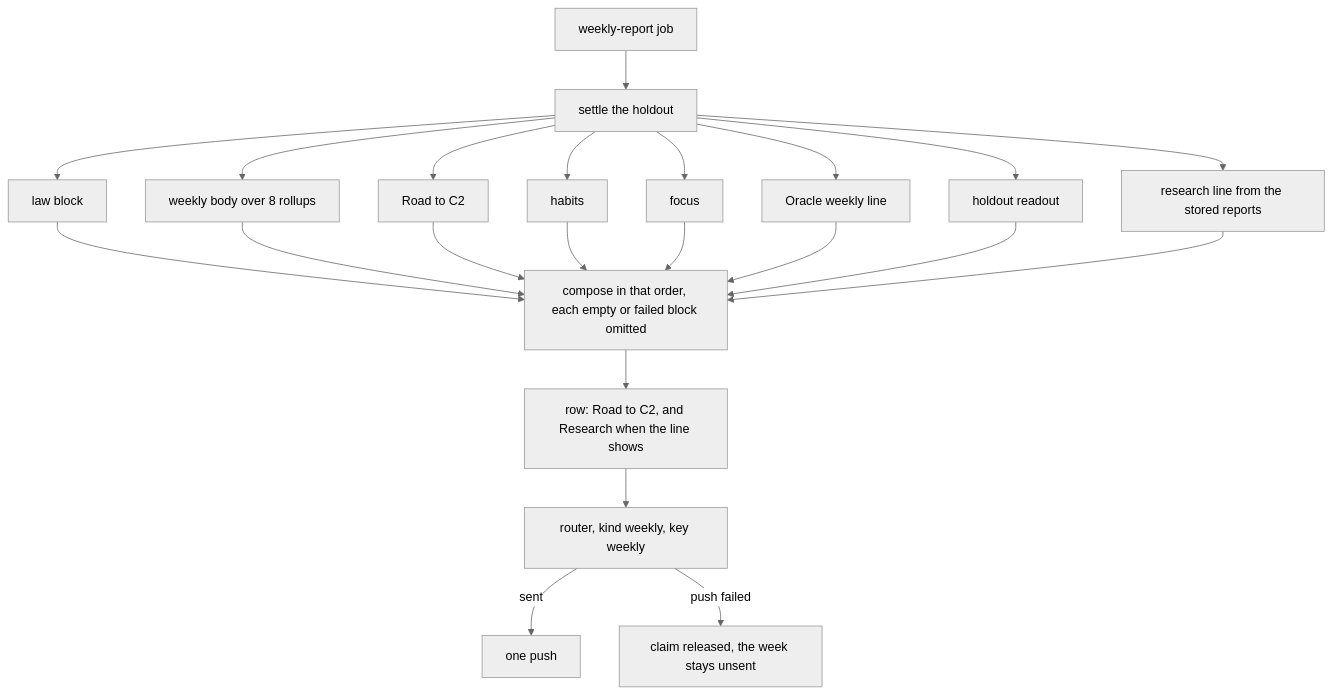
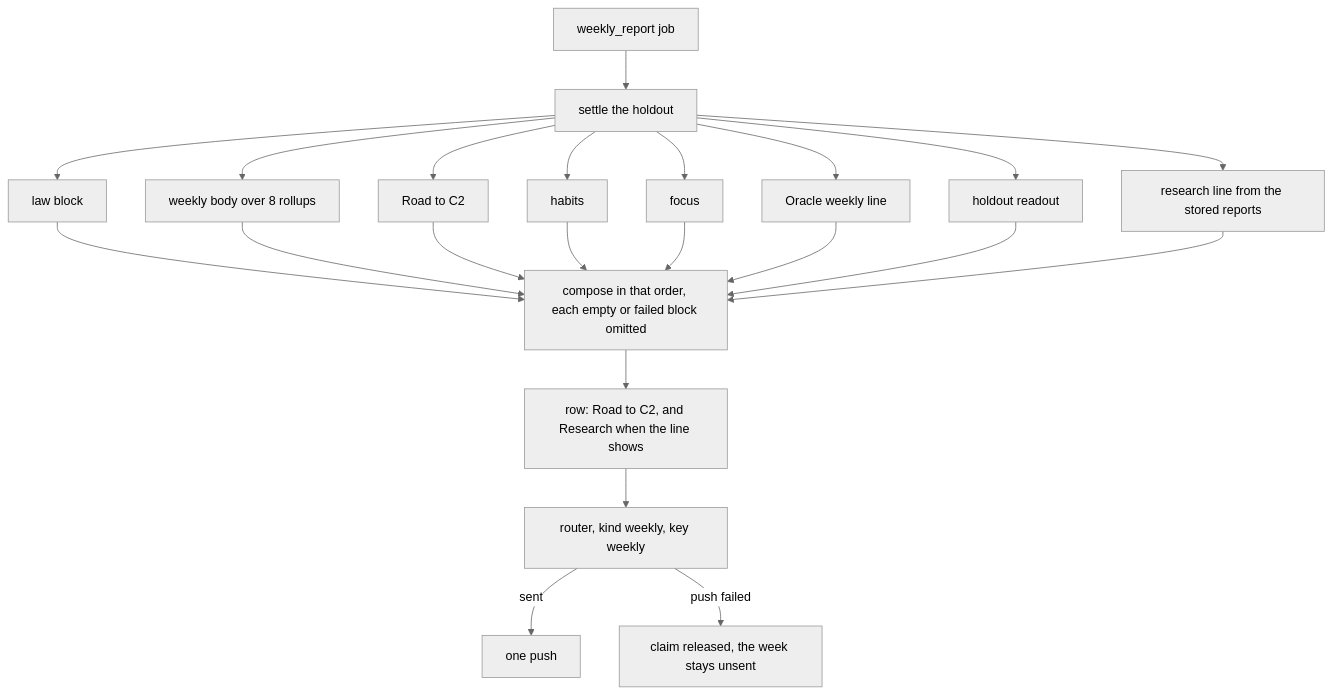
The second of 3 diagrams in docs/schematics/digest-and-weekly-report.md (RexRenatus/deck-streak), drawn with Mermaid (neutral theme) before and after one commit. The commit also changed other lines of this file and 7 other files, not shown here.

````diff
--- a/docs/schematics/digest-and-weekly-report.md
+++ b/docs/schematics/digest-and-weekly-report.md
@@ -50,24 +50,24 @@
 ```mermaid
 flowchart TD
-  J[weekly-report job] --> H[settle the holdout]
+  J[weekly_report job] --> H[settle the holdout]
   H --> B1[law block]
   H --> B2[weekly body over 8 rollups]
   H --> B3[Road to C2]
   H --> B4[habits]
   H --> B5[focus]
   H --> B6[Oracle weekly line]
   H --> B7[holdout readout]
   H --> B8[research line from the stored reports]
   B1 --> C[compose in that order, each empty or failed block omitted]
   B2 --> C
   B3 --> C
   B4 --> C
   B5 --> C
   B6 --> C
   B7 --> C
   B8 --> C
   C --> K[row: Road to C2, and Research when the line shows]
   K --> RT[router, kind weekly, key weekly]
   RT -- sent --> S[one push]
   RT -- push failed --> F[claim released, the week stays unsent]
 ```
````
